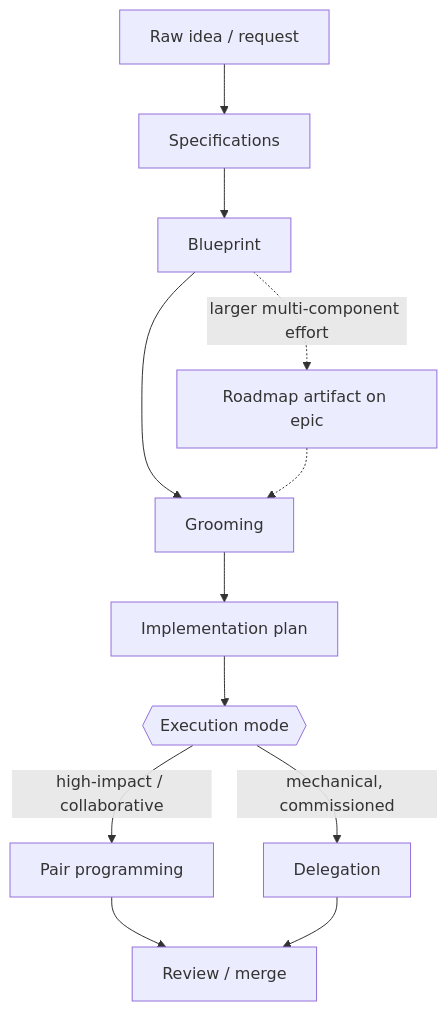
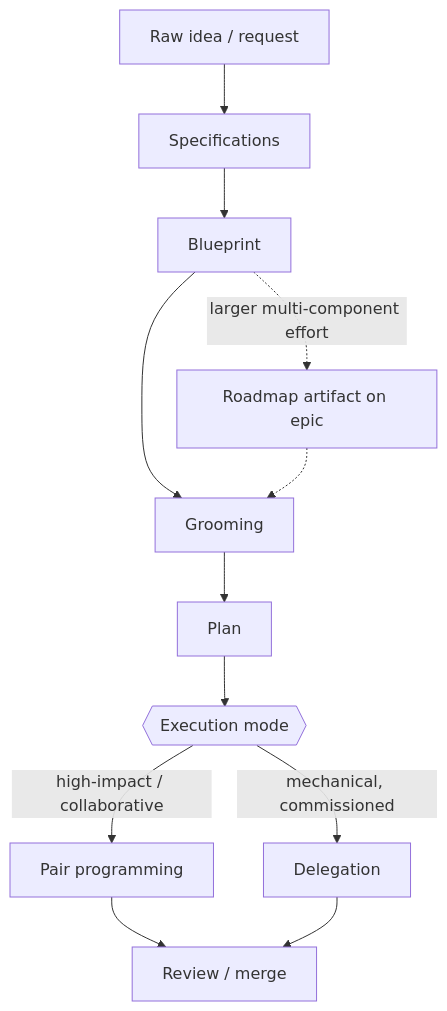
One commit to workinprogress-ai/devenv changed the first of 5 diagrams in docs/Workflow.md. Above: the diagram before and after it, drawn with Mermaid. The commit also changed other lines of this file and 59 other files, not shown here.

````diff
--- a/docs/Workflow.md
+++ b/docs/Workflow.md
@@ -411,14 +411,14 @@
 ```mermaid
 flowchart TD
     A[Raw idea / request] --> B[Specifications]
     B --> C[Blueprint]
     C --> D[Grooming]
     C -.->|"larger multi-component effort"| R[Roadmap artifact on epic]
     R -.-> D
-    D --> E[Implementation plan]
+    D --> E[Plan]
     E --> F{{"Execution mode"}}
     F -->|high-impact / collaborative| G[Pair programming]
     F -->|mechanical, commissioned| H[Delegation]
     G --> I[Review / merge]
     H --> I
 ```
````
